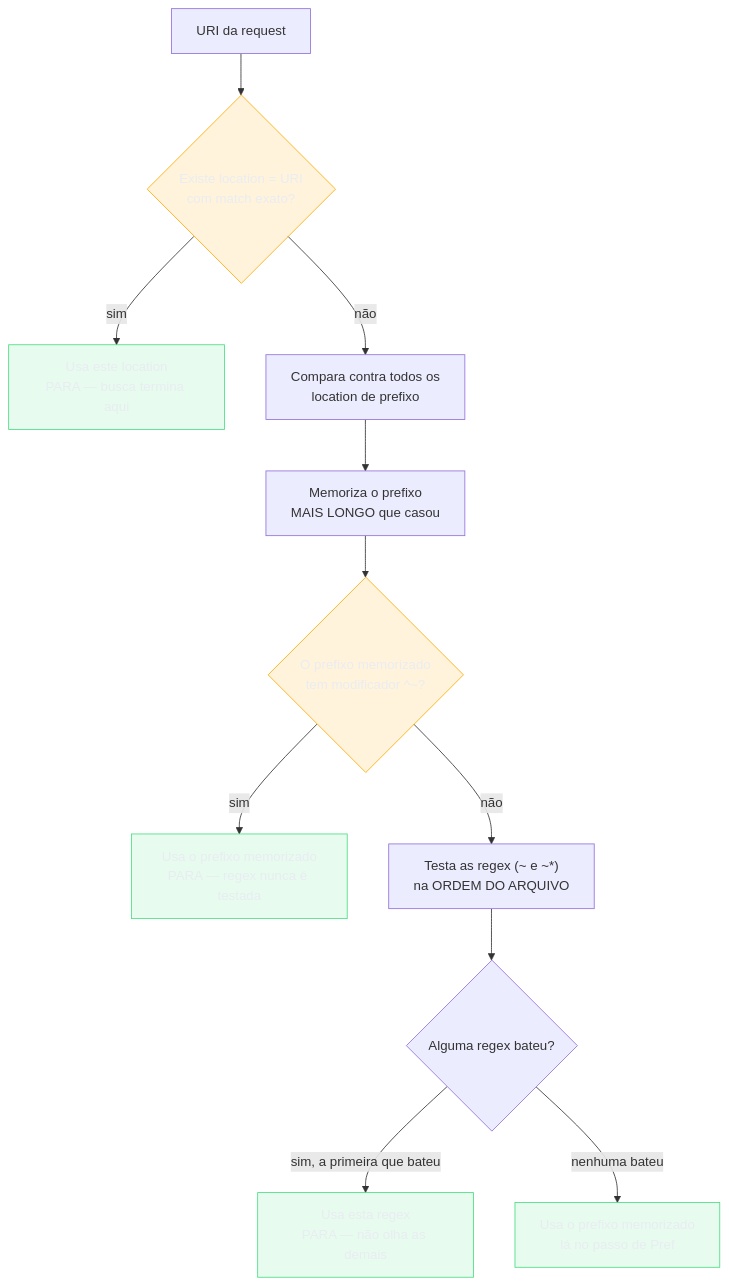
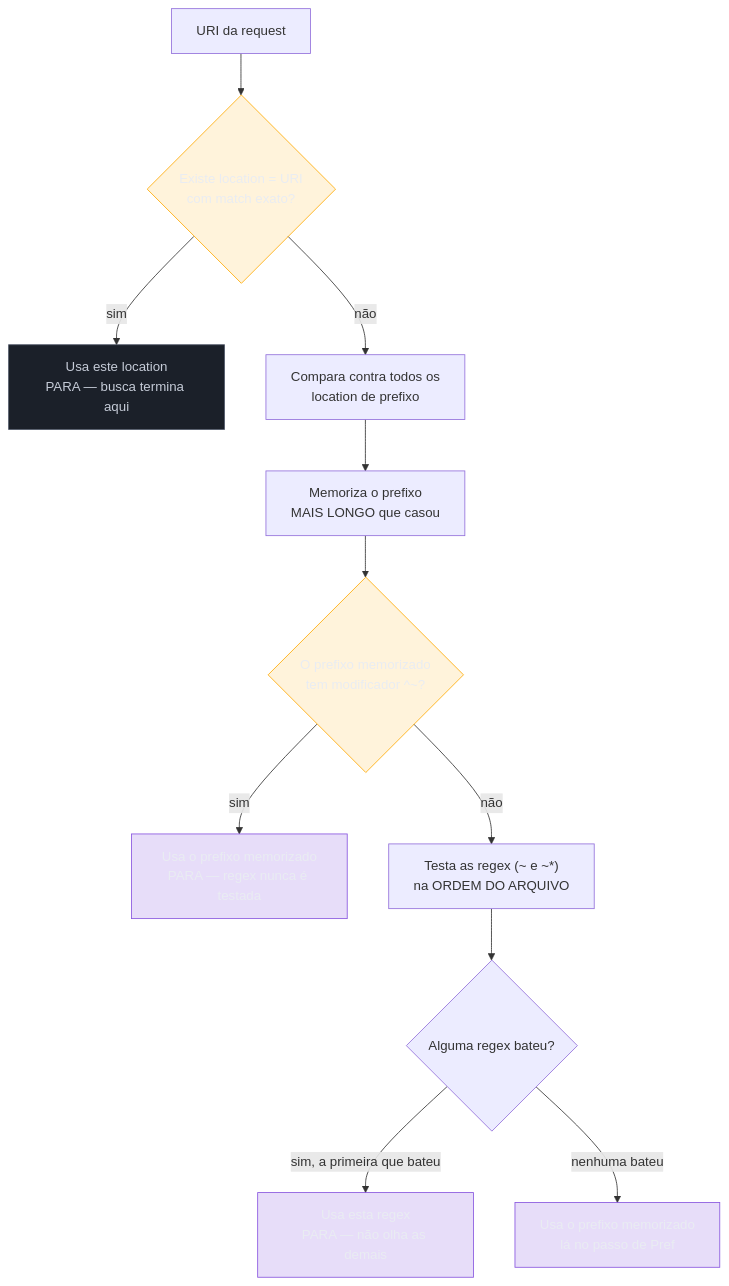
The diagram in 03-Dominios/Tecnologia/Infraestrutura/Nginx/04 - location e a tabela de precedência.md (josenaldo/codex-technomanticus), drawn with Mermaid before and after one commit. The commit also changed 601 other files, not shown here.

````diff
--- a/03-Dominios/Tecnologia/Infraestrutura/Nginx/04 - location e a tabela de precedência.md
+++ b/03-Dominios/Tecnologia/Infraestrutura/Nginx/04 - location e a tabela de precedência.md
@@ -38,22 +38,23 @@
 ```mermaid
 graph TD
-    classDef ok fill:#4ADE8021,stroke:#4ADE80,color:#E9ECF2
+    classDef marca fill:#8855DF33,stroke:#8855DF,color:#E9ECF2
+    classDef neutro fill:#1B2029,stroke:#4E5666,color:#C6CCD8
     classDef destaque fill:#FFAA0024,stroke:#FFAA00,color:#E9ECF2
     U["URI da request"] --> Exato{"Existe location = URI<br/>com match exato?"}
     Exato -->|"sim"| M1["Usa este location<br/>PARA — busca termina aqui"]
     Exato -->|"não"| Pref["Compara contra todos os<br/>location de prefixo"]
     Pref --> Mem["Memoriza o prefixo<br/>MAIS LONGO que casou"]
     Mem --> Caret{"O prefixo memorizado<br/>tem modificador ^~?"}
     Caret -->|"sim"| M2["Usa o prefixo memorizado<br/>PARA — regex nunca é testada"]
     Caret -->|"não"| Regex["Testa as regex (~ e ~*)<br/>na ORDEM DO ARQUIVO"]
     Regex --> RMatch{"Alguma regex bateu?"}
     RMatch -->|"sim, a primeira que bateu"| M3["Usa esta regex<br/>PARA — não olha as demais"]
     RMatch -->|"nenhuma bateu"| M4["Usa o prefixo memorizado<br/>lá no passo de Pref"]
 
-    class M1 ok
-    class M2 ok
-    class M3 ok
-    class M4 ok
+    class M1 neutro
+    class M2 marca
+    class M3 marca
+    class M4 marca
     class Exato destaque
     class Caret destaque
 ```
````
